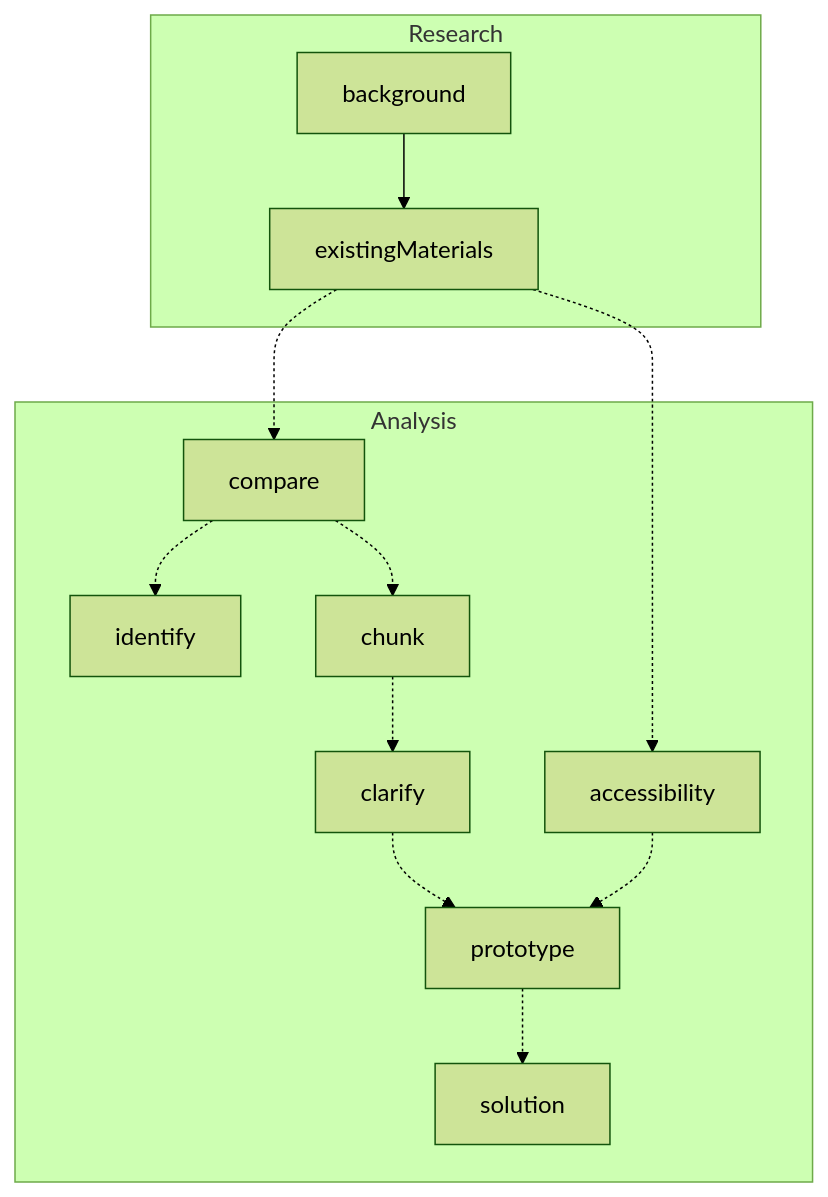
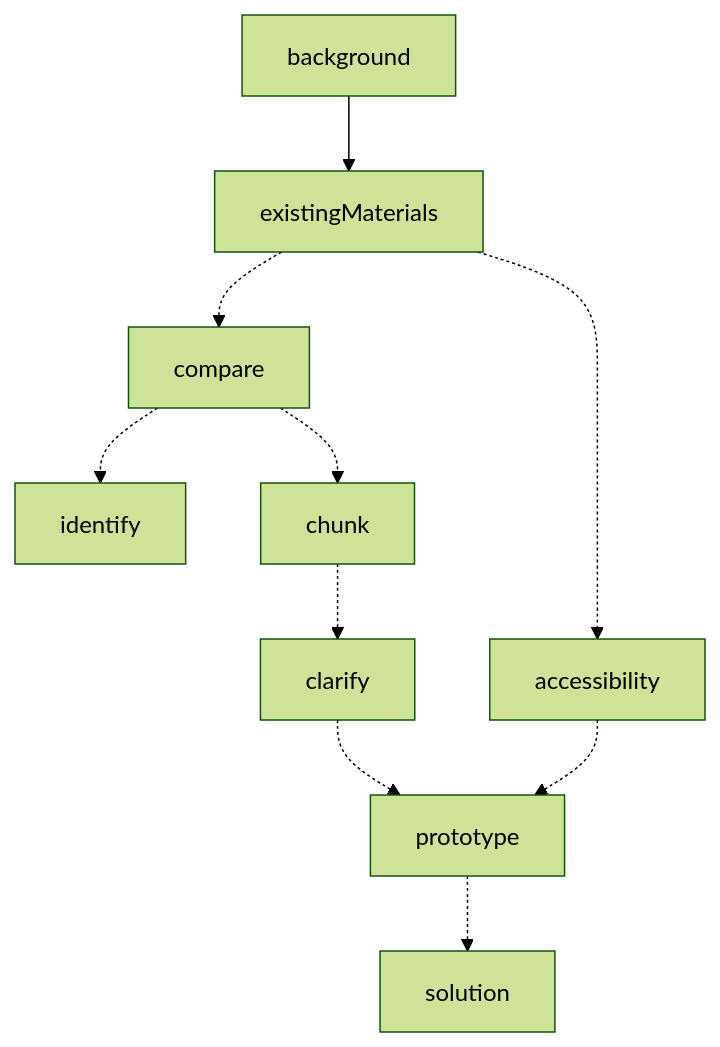
The diagram in content/posts/Pipeline Operations/index.md (losnko/reimagined-giggle), drawn with Mermaid (forest theme) before and after one commit. The commit also changed 20 other files, not shown here.

```diff
--- a/content/posts/Pipeline Operations/index.md
+++ b/content/posts/Pipeline Operations/index.md
@@ -44,13 +44,9 @@
 {{< mermaid  >}}
-flowchart TD
-    subgraph Research
+graph TD;
     background-->existingMaterials
-    end
-    subgraph Analysis
     existingMaterials-.->compare-.->identify
     compare-.->chunk
     existingMaterials-.->accessibility
     chunk-.->clarify-.->prototype
     accessibility-.->prototype-.->solution
-    end
 {{< /mermaid >}}
```
